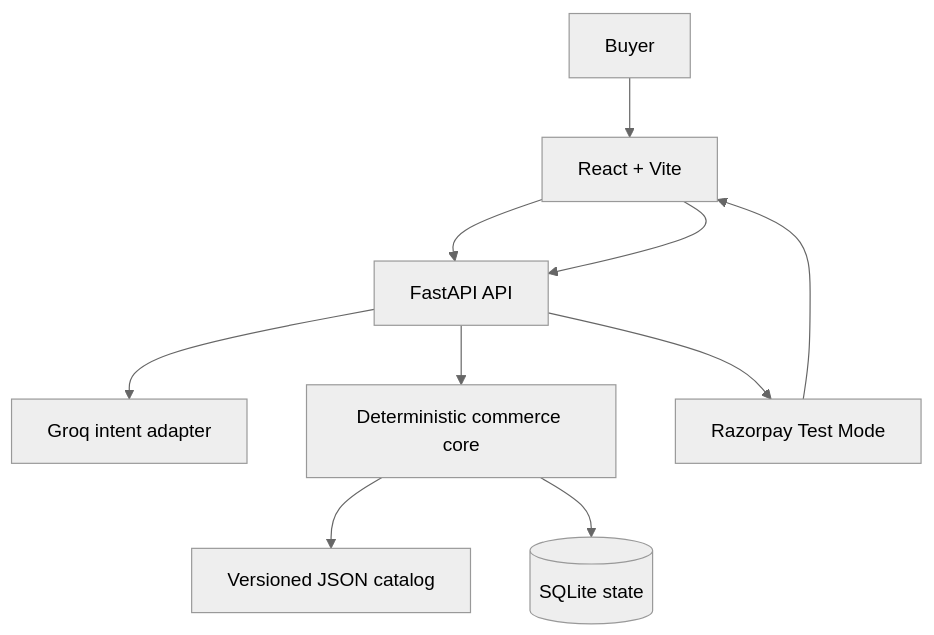
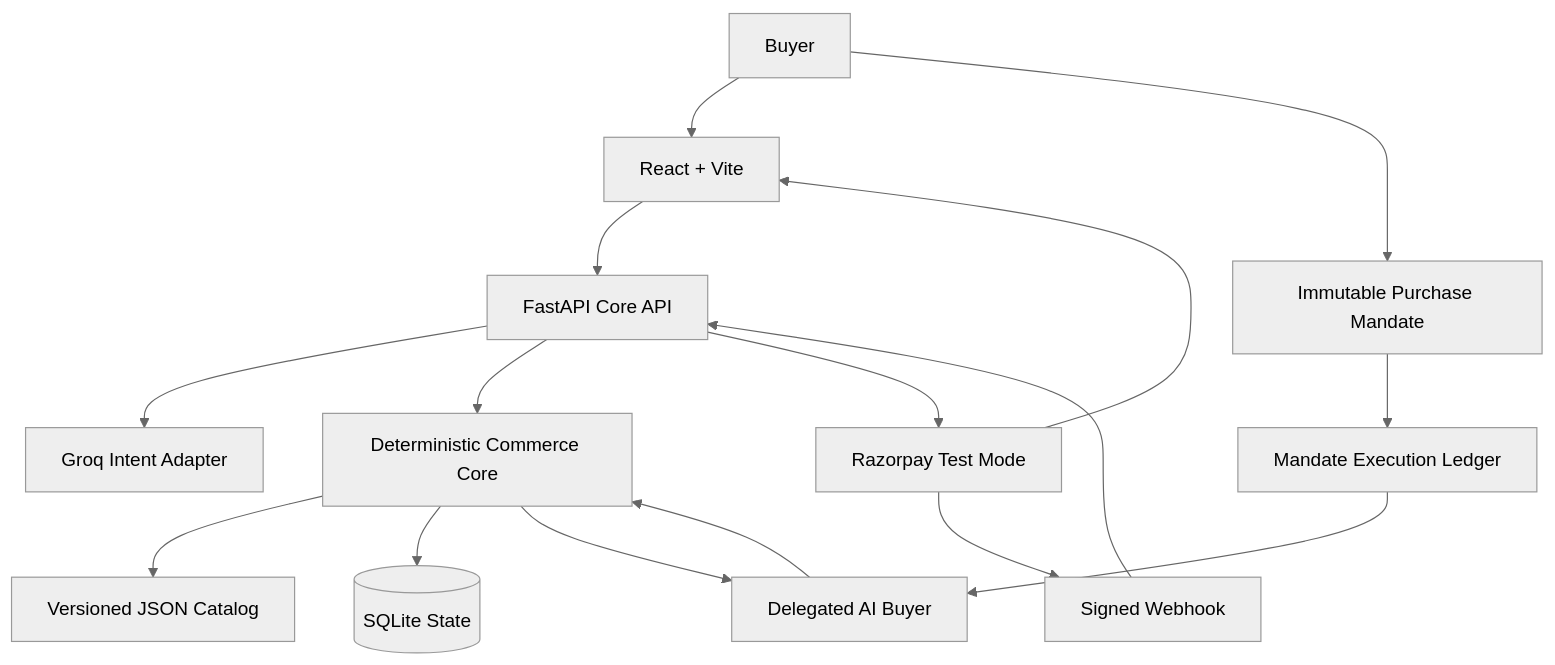
Before and after one commit to Kumar-Ansuman1/CartPilot: the first of 4 diagrams in ARCHITECTURE.md, drawn with Mermaid (neutral theme). The commit also changed other lines of this file, not shown here.

Commit message:
docs: document mandates delegated buyer and recovery architecture

````diff
--- a/ARCHITECTURE.md
+++ b/ARCHITECTURE.md
@@ -15,12 +31,21 @@
 ```mermaid
 flowchart TD
     Buyer[Buyer] --> UI[React + Vite]
-    UI --> API[FastAPI API]
-    API --> Intent[Groq intent adapter]
-    API --> Core[Deterministic commerce core]
-    Core --> Catalog[Versioned JSON catalog]
-    Core --> DB[(SQLite state)]
+    Buyer --> Mandate[Immutable Purchase Mandate]
+
+    UI --> API[FastAPI Core API]
+    API --> Intent[Groq Intent Adapter]
+    API --> Core[Deterministic Commerce Core]
+    Core --> Catalog[Versioned JSON Catalog]
+    Core --> DB[(SQLite State)]
+
+    Mandate --> Exec[Mandate Execution Ledger]
+    Exec --> Delegated[Delegated AI Buyer]
+    Core --> Delegated
+    Delegated --> Core
+
     API --> Razorpay[Razorpay Test Mode]
     Razorpay --> UI
-    UI --> API
+    Razorpay --> Webhook[Signed Webhook]
+    Webhook --> API
 ```
````
